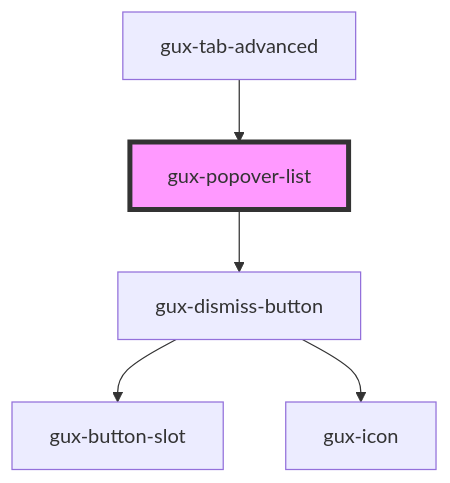
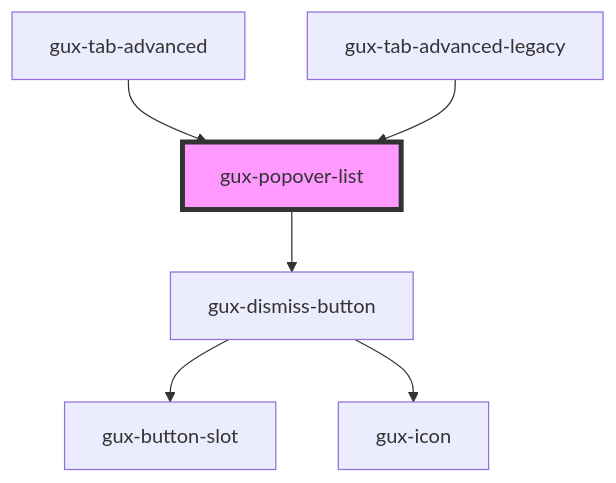
One commit to MyPureCloud/genesys-spark changed the diagram in packages/genesys-spark-components/src/components/stable/gux-popover-list/readme.md. Above: the diagram before and after it, drawn with Mermaid. The commit also changed other lines of this file and 30 other files, not shown here.

First line of the commit message:
refactor(tabs-advanced): moved tags-advanced to legacy

````diff
--- a/packages/genesys-spark-components/src/components/stable/gux-popover-list/readme.md
+++ b/packages/genesys-spark-components/src/components/stable/gux-popover-list/readme.md
@@ -42,8 +43,9 @@
 ```mermaid
 graph TD;
   gux-popover-list --> gux-dismiss-button
   gux-dismiss-button --> gux-button-slot
   gux-dismiss-button --> gux-icon
   gux-tab-advanced --> gux-popover-list
+  gux-tab-advanced-legacy --> gux-popover-list
   style gux-popover-list fill:#f9f,stroke:#333,stroke-width:4px
 ```
````
